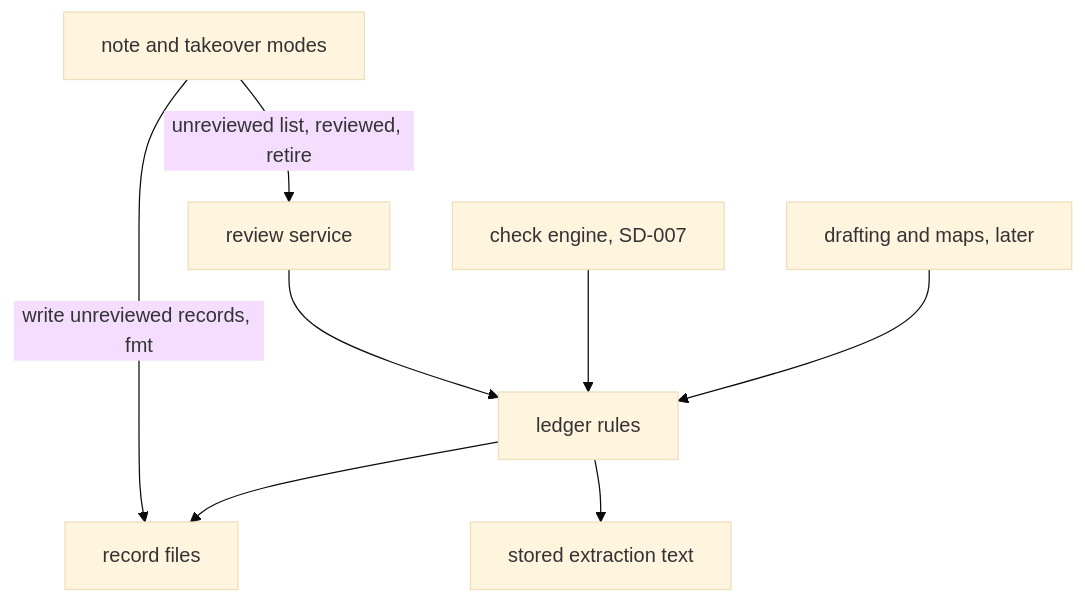
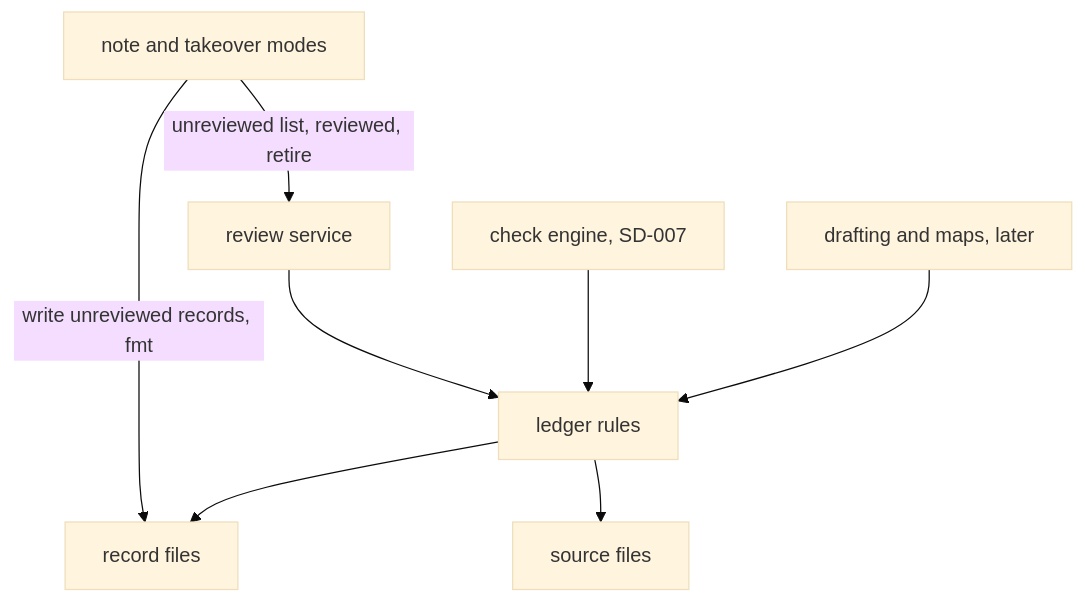
Before and after one commit to DocumentDrivenDX/stemma: the second of 2 diagrams in docs/stemma/02-design/solution-designs/SD-005-notes-claims-constructs.md, drawn with Mermaid (base theme). The commit also changed other lines of this file and 80 other files, not shown here.

````diff
--- a/docs/stemma/02-design/solution-designs/SD-005-notes-claims-constructs.md
+++ b/docs/stemma/02-design/solution-designs/SD-005-notes-claims-constructs.md
@@ -151,10 +151,10 @@
 ```mermaid
 graph TD
     Skill["note and takeover modes"] -->|write unreviewed records, fmt| Records["record files"]
     Skill -->|unreviewed list, reviewed, retire| Review["review service"]
     Review --> Rules["ledger rules"]
     Rules --> Records
-    Rules --> Blobs["stored extraction text"]
+    Rules --> Sources["source files"]
     Checks["check engine, SD-007"] --> Rules
     Draft["drafting and maps, later"] --> Rules
 ```
````
